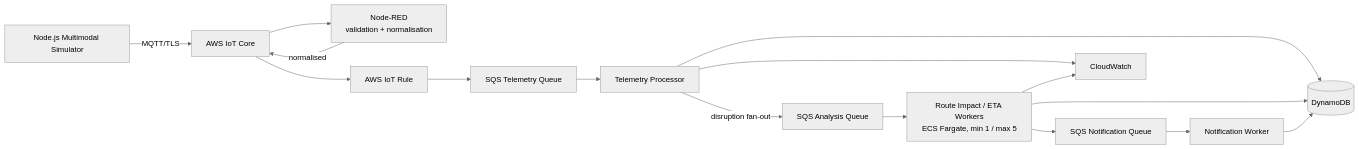
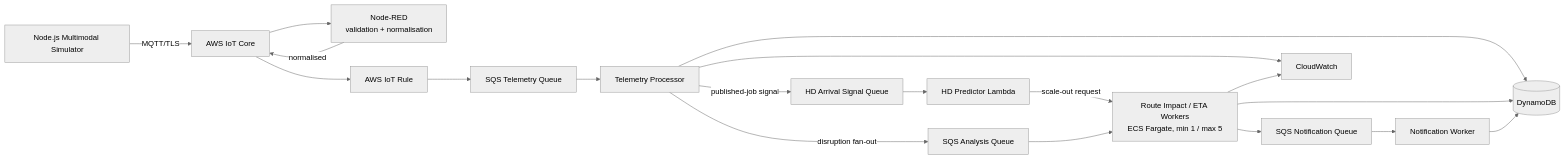
The diagram in README.md (lorenzodarioben-lgtm/Scalable-Multimodal-IoT-Public-Transport-Monitoring-System), drawn with Mermaid (neutral theme) before and after one commit. The commit also changed other lines of this file and 34 other files, not shown here.

````diff
--- a/README.md
+++ b/README.md
@@ -20,31 +22,36 @@
 ```mermaid
 flowchart LR
     SIM[Node.js Multimodal Simulator]
     IOT[AWS IoT Core]
     NR[Node-RED<br/>validation + normalisation]
     RULE[AWS IoT Rule]
     TQ[SQS Telemetry Queue]
     TP[Telemetry Processor]
+    ASQ[HD Arrival Signal Queue]
+    PRED[HD Predictor Lambda]
     DB[(DynamoDB)]
     AQ[SQS Analysis Queue]
     ETA[Route Impact / ETA Workers<br/>ECS Fargate, min 1 / max 5]
     NQ[SQS Notification Queue]
     NW[Notification Worker]
     CW[CloudWatch]
 
     SIM -->|MQTT/TLS| IOT
     IOT --> NR
     NR -->|normalised| IOT
     IOT --> RULE
     RULE --> TQ
     TQ --> TP
     TP --> DB
     TP -->|disruption fan-out| AQ
+    TP -->|published-job signal| ASQ
+    ASQ --> PRED
+    PRED -->|scale-out request| ETA
     AQ --> ETA
     ETA --> DB
     ETA --> NQ
     NQ --> NW
     NW --> DB
     TP --> CW
     ETA --> CW
 ```
````
